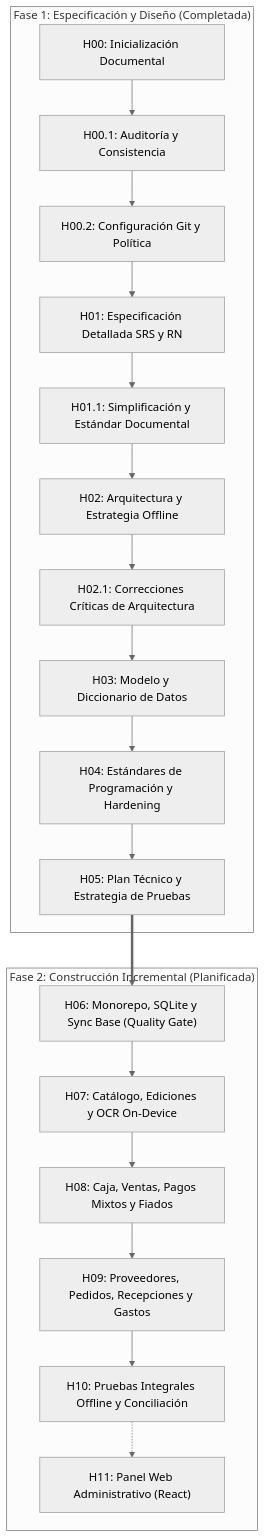
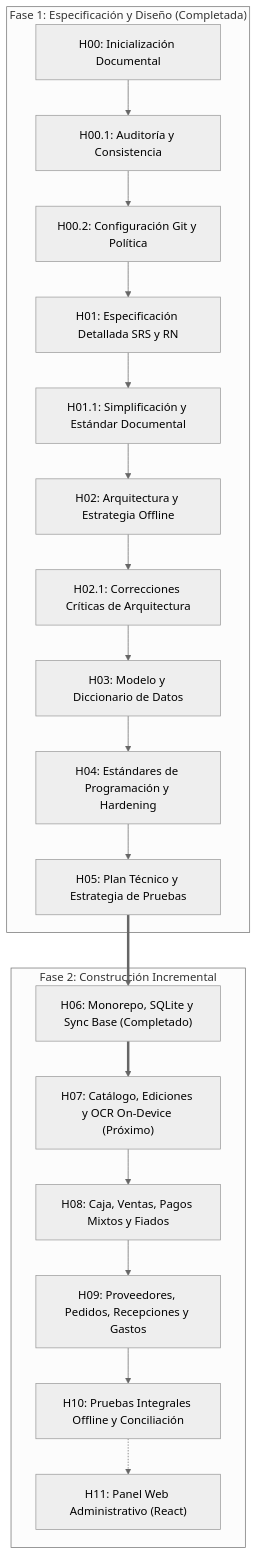
The diagram in docs/05-planificacion/PLAN_DESARROLLO.md (JMedina255/Proyecto_tienda), drawn with Mermaid (neutral theme) before and after one commit. The commit also changed other lines of this file and 53 other files, not shown here.

````diff
--- a/docs/05-planificacion/PLAN_DESARROLLO.md
+++ b/docs/05-planificacion/PLAN_DESARROLLO.md
@@ -17,23 +17,23 @@
 ```mermaid
 flowchart TD
     subgraph Fase_Diseno["Fase 1: Especificación y Diseño (Completada)"]
         H00["H00: Inicialización Documental"] --> H00_1["H00.1: Auditoría y Consistencia"]
         H00_1 --> H00_2["H00.2: Configuración Git y Política"]
         H00_2 --> H01["H01: Especificación Detallada SRS y RN"]
         H01 --> H01_1["H01.1: Simplificación y Estándar Documental"]
         H01_1 --> H02["H02: Arquitectura y Estrategia Offline"]
         H02 --> H02_1["H02.1: Correcciones Críticas de Arquitectura"]
         H02_1 --> H03["H03: Modelo y Diccionario de Datos"]
         H03 --> H04["H04: Estándares de Programación y Hardening"]
         H04 --> H05["H05: Plan Técnico y Estrategia de Pruebas"]
     end
 
-    subgraph Fase_Construccion["Fase 2: Construcción Incremental (Planificada)"]
-        H05 ==> H06["H06: Monorepo, SQLite y Sync Base (Quality Gate)"]
-        H06 --> H07["H07: Catálogo, Ediciones y OCR On-Device"]
+    subgraph Fase_Construccion["Fase 2: Construcción Incremental"]
+        H05 ==> H06["H06: Monorepo, SQLite y Sync Base (Completado)"]
+        H06 ==> H07["H07: Catálogo, Ediciones y OCR On-Device (Próximo)"]
         H07 --> H08["H08: Caja, Ventas, Pagos Mixtos y Fiados"]
         H08 --> H09["H09: Proveedores, Pedidos, Recepciones y Gastos"]
         H09 --> H10["H10: Pruebas Integrales Offline y Conciliación"]
         H10 -.-> H11["H11: Panel Web Administrativo (React)"]
     end
 ```
````
